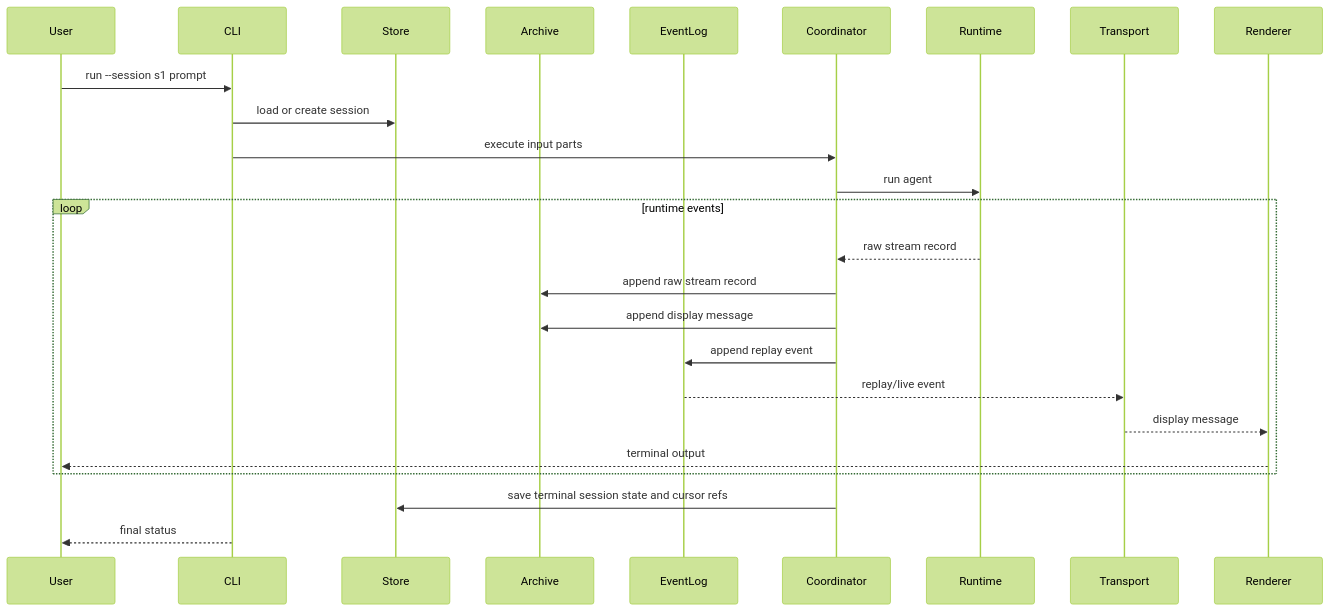
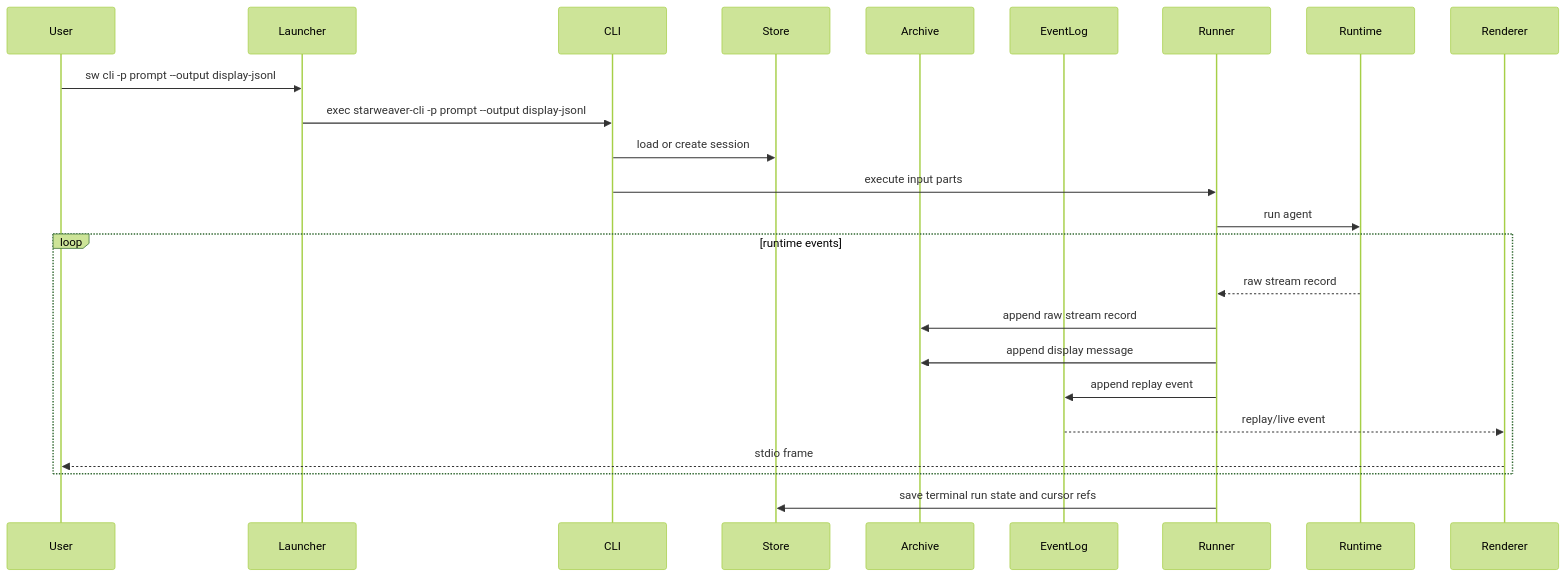
The third of 3 diagrams in spec/ops/04-cli-product.md (Wh1isper/starweaver), drawn with Mermaid (forest theme) before and after one commit. The commit also changed other lines of this file and 29 other files, not shown here.

First line of the commit message:
feat: emit CLI display JSONL by default

````diff
--- a/spec/ops/04-cli-product.md
+++ b/spec/ops/04-cli-product.md
@@ -173,28 +596,27 @@
 ```mermaid
 sequenceDiagram
     participant User
+    participant Launcher
     participant CLI
     participant Store
     participant Archive
     participant EventLog
-    participant Coordinator
+    participant Runner
     participant Runtime
-    participant Transport
     participant Renderer
 
-    User->>CLI: run --session s1 prompt
+    User->>Launcher: sw cli -p prompt --output display-jsonl
+    Launcher->>CLI: exec starweaver-cli -p prompt --output display-jsonl
     CLI->>Store: load or create session
-    CLI->>Coordinator: execute input parts
-    Coordinator->>Runtime: run agent
+    CLI->>Runner: execute input parts
+    Runner->>Runtime: run agent
     loop runtime events
-        Runtime-->>Coordinator: raw stream record
-        Coordinator->>Archive: append raw stream record
-        Coordinator->>Archive: append display message
-        Coordinator->>EventLog: append replay event
-        EventLog-->>Transport: replay/live event
-        Transport-->>Renderer: display message
-        Renderer-->>User: terminal output
+        Runtime-->>Runner: raw stream record
+        Runner->>Archive: append raw stream record
+        Runner->>Archive: append display message
+        Runner->>EventLog: append replay event
+        EventLog-->>Renderer: replay/live event
+        Renderer-->>User: stdio frame
     end
-    Coordinator->>Store: save terminal session state and cursor refs
-    CLI-->>User: final status
+    Runner->>Store: save terminal run state and cursor refs
 ```
````
